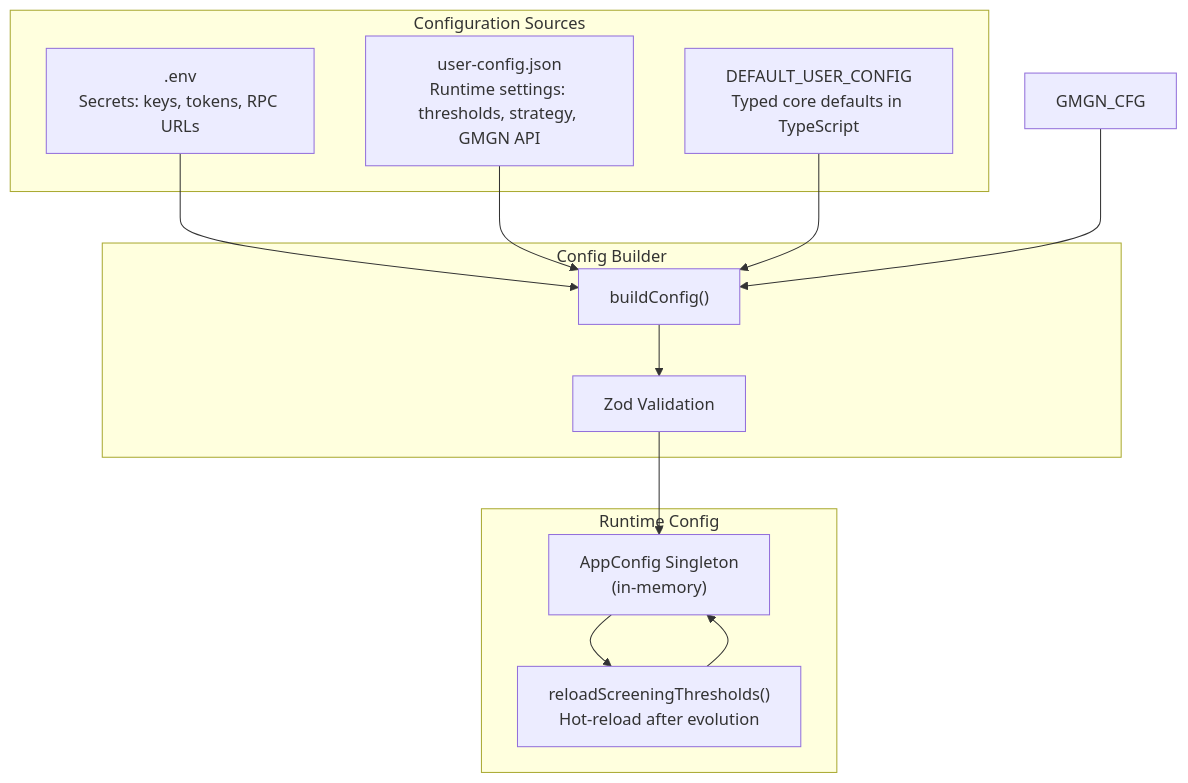
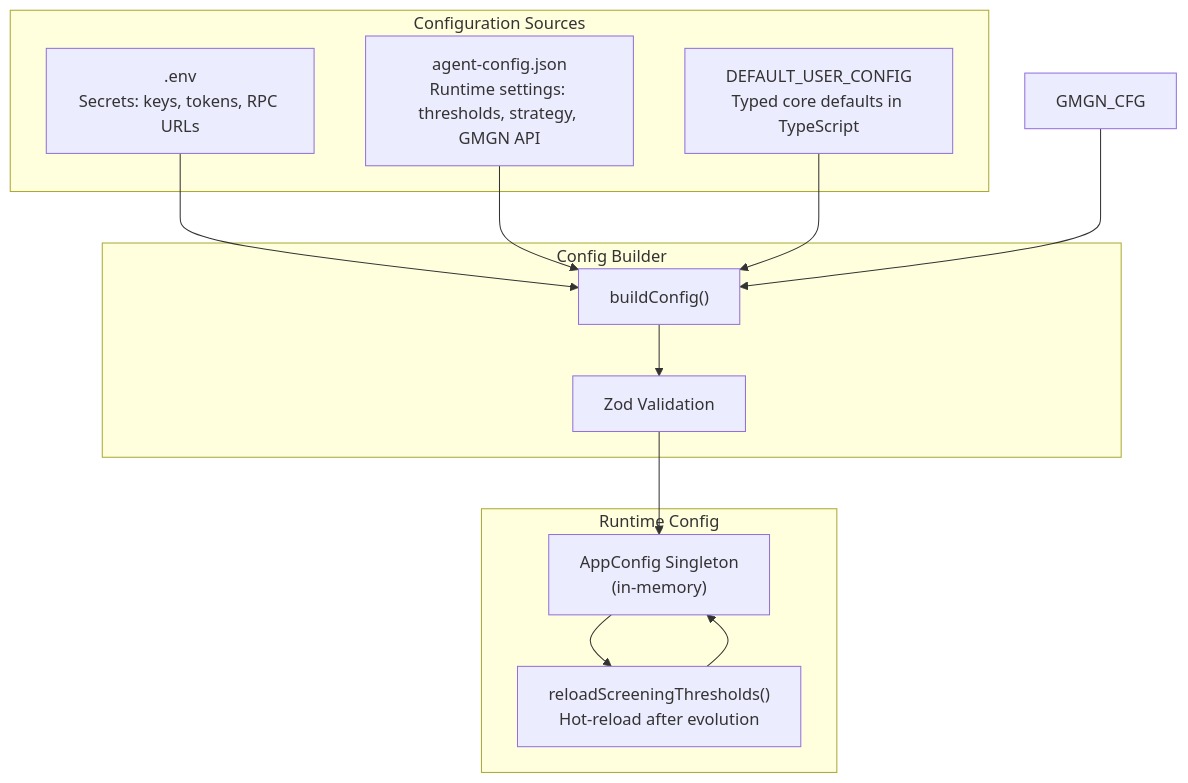
The fourth of 18 diagrams in docs/FULL_FLOW.md (romankurnovskii/etemaro), drawn with Mermaid before and after one commit. The commit also changed other lines of this file and 25 other files, not shown here.

First line of the commit message:
refactor(config): rename user-config terminology to agent-config

````diff
--- a/docs/FULL_FLOW.md
+++ b/docs/FULL_FLOW.md
@@ -227,27 +227,27 @@
 ```mermaid
 graph TD
     subgraph "Configuration Sources"
         ENV[".env<br/>Secrets: keys, tokens, RPC URLs"]
-        USER["user-config.json<br/>Runtime settings: thresholds, strategy, GMGN API"]
+        USER["agent-config.json<br/>Runtime settings: thresholds, strategy, GMGN API"]
         DEFAULTS["DEFAULT_USER_CONFIG<br/>Typed core defaults in TypeScript"]
     end
 
     subgraph "Config Builder"
         MERGE["buildConfig()"]
         ZOD_VALIDATE["Zod Validation"]
     end
 
     subgraph "Runtime Config"
         APP_CFG["AppConfig Singleton<br/>(in-memory)"]
         RELOAD["reloadScreeningThresholds()<br/>Hot-reload after evolution"]
     end
 
     ENV --> MERGE
     USER --> MERGE
     GMGN_CFG --> MERGE
     DEFAULTS --> MERGE
     MERGE --> ZOD_VALIDATE
     ZOD_VALIDATE --> APP_CFG
     APP_CFG --> RELOAD
     RELOAD --> APP_CFG
 ```
````
